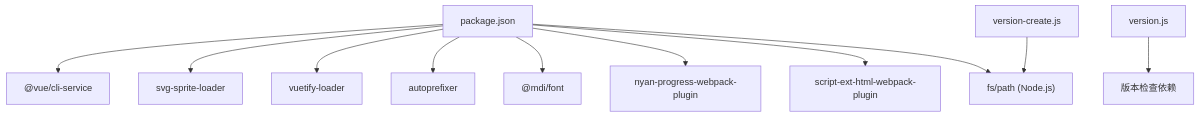
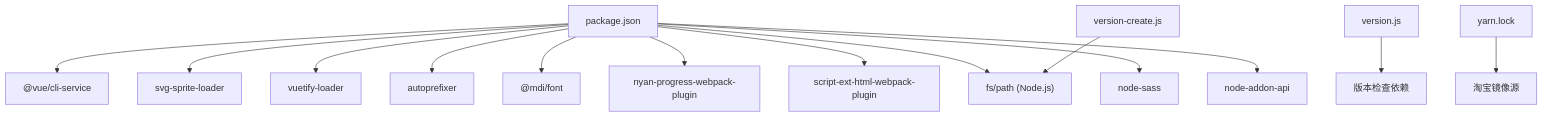
One commit to TinyMaD/SpeedRunnersLab changed diagram 14 of 14 in .qoder/repowiki/zh/content/前端应用/构建部署/前端构建配置.md. Above: the diagram before and after it, drawn with Mermaid. The commit also changed other lines of this file and 13 other files, not shown here.

Commit message:
feat(deploy): 新增部署迁移脚本与图表交互优化

````diff
--- a/.qoder/repowiki/zh/content/前端应用/构建部署/前端构建配置.md
+++ b/.qoder/repowiki/zh/content/前端应用/构建部署/前端构建配置.md
@@ -420,13 +488,16 @@
 ```mermaid
 graph TB
 PKG["package.json"] --> CLI["@vue/cli-service"]
 PKG --> LDR["svg-sprite-loader"]
 PKG --> VTFL["vuetify-loader"]
 PKG --> AP["autoprefixer"]
 PKG --> MDI["@mdi/font"]
 PKG --> NYP["nyan-progress-webpack-plugin"]
 PKG --> SEH["script-ext-html-webpack-plugin"]
 PKG --> FS["fs/path (Node.js)"]
+PKG --> NS["node-sass"]
+PKG --> NA["node-addon-api"]
 VERCREATE["version-create.js"] --> FS
 VERSION["version.js"] --> VERDEPS["版本检查依赖"]
+YARNLOCK["yarn.lock"] --> REGISTRY["淘宝镜像源"]
 ```
````
